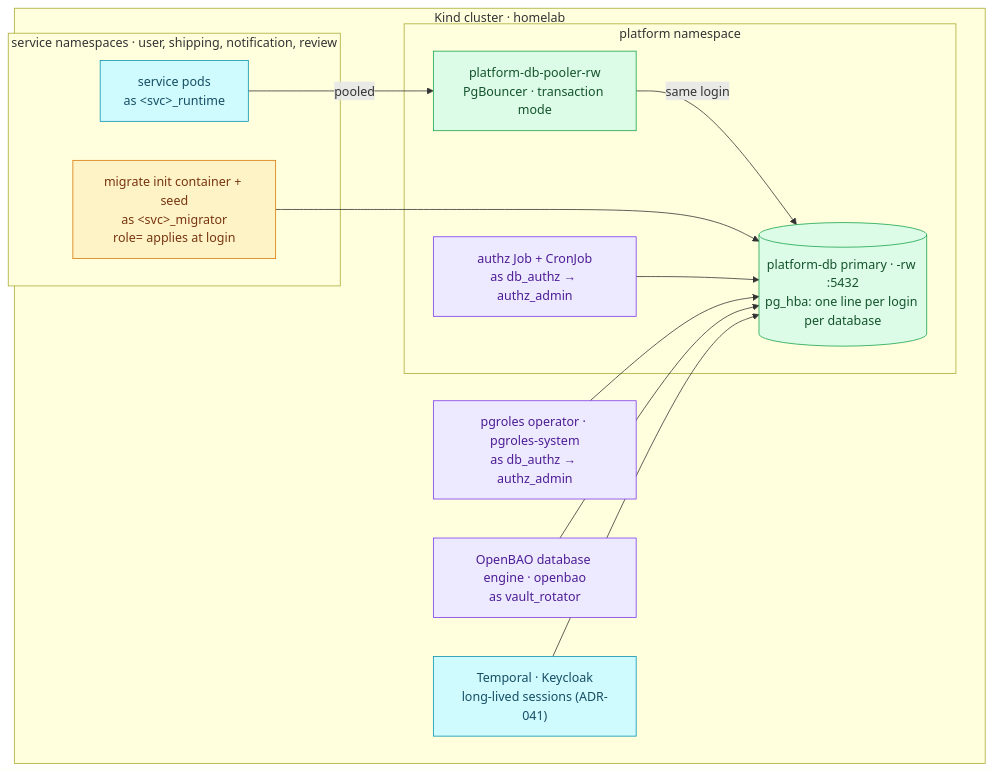
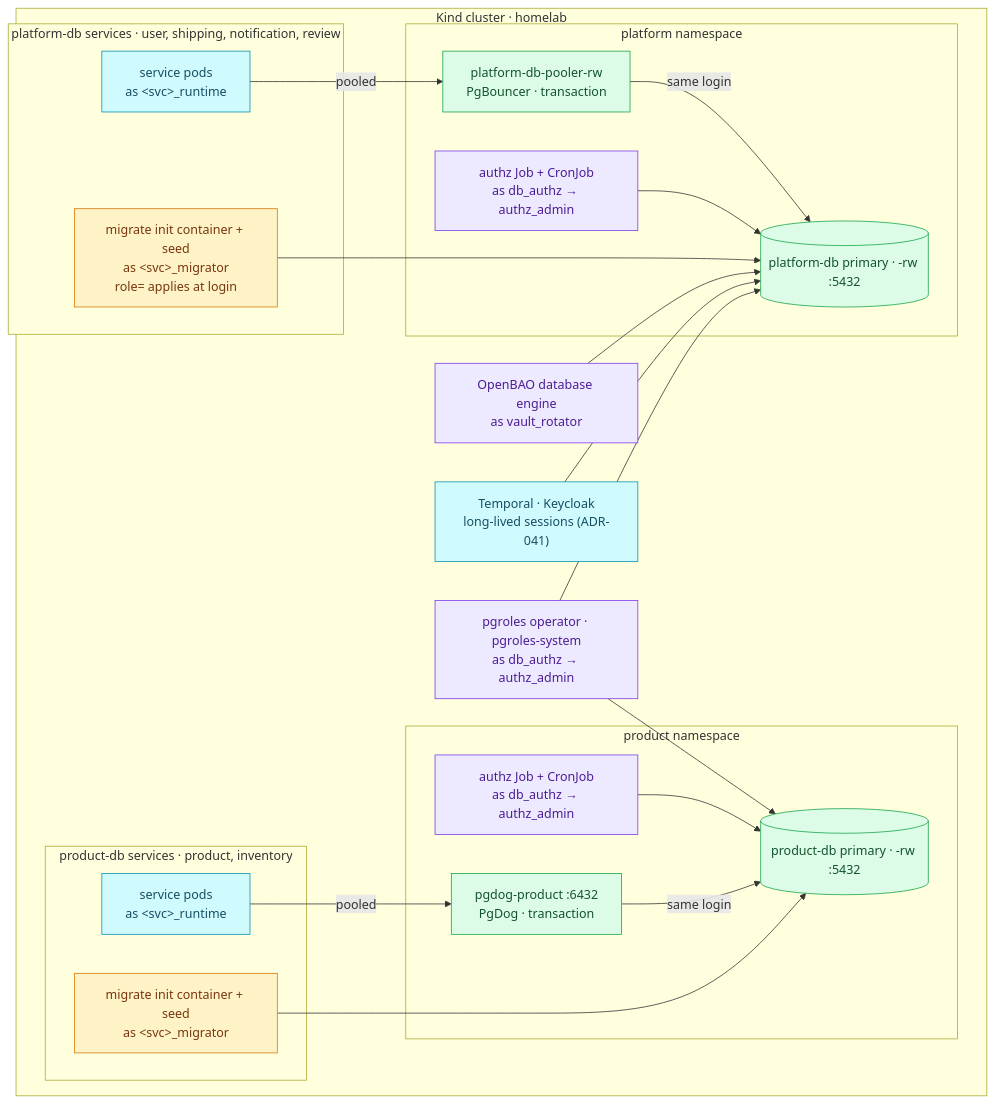
Before and after one commit to duynhlab/homelab: the first of 2 diagrams in docs/databases/authorization.md, drawn with Mermaid. The commit also changed other lines of this file and 33 other files, not shown here.

First line of the commit message:
Split product and inventory into three roles (#1279)

````diff
--- a/docs/databases/authorization.md
+++ b/docs/databases/authorization.md
@@ -57,29 +56,42 @@
 ```mermaid
 flowchart TB
     subgraph cluster["Kind cluster · homelab"]
-        subgraph apps["service namespaces · user, shipping, notification, review"]
-            pod["service pods<br/>as &lt;svc&gt;_runtime"]:::service
-            mig["migrate init container + seed<br/>as &lt;svc&gt;_migrator<br/>role= applies at login"]:::worker
+        subgraph papps["platform-db services · user, shipping, notification, review"]
+            ppod["service pods<br/>as &lt;svc&gt;_runtime"]:::service
+            pmig["migrate init container + seed<br/>as &lt;svc&gt;_migrator<br/>role= applies at login"]:::worker
+        end
+        subgraph rapps["product-db services · product, inventory"]
+            rpod["service pods<br/>as &lt;svc&gt;_runtime"]:::service
+            rmig["migrate init container + seed<br/>as &lt;svc&gt;_migrator"]:::worker
         end
         pgr["pgroles operator · pgroles-system<br/>as db_authz → authz_admin"]:::platform
-        bao["OpenBAO database engine · openbao<br/>as vault_rotator"]:::platform
+        bao["OpenBAO database engine<br/>as vault_rotator"]:::platform
         other["Temporal · Keycloak<br/>long-lived sessions (ADR-041)"]:::service
         subgraph plat["platform namespace"]
-            job["authz Job + CronJob<br/>as db_authz → authz_admin"]:::platform
-            pooler["platform-db-pooler-rw<br/>PgBouncer · transaction mode"]:::data
-            rw[("platform-db primary · -rw :5432<br/>pg_hba: one line per login per database")]:::data
+            pjob["authz Job + CronJob<br/>as db_authz → authz_admin"]:::platform
+            pooler["platform-db-pooler-rw<br/>PgBouncer · transaction"]:::data
+            prw[("platform-db primary · -rw :5432")]:::data
+        end
+        subgraph prod["product namespace"]
+            rjob["authz Job + CronJob<br/>as db_authz → authz_admin"]:::platform
+            pgdog["pgdog-product :6432<br/>PgDog · transaction"]:::data
+            rrw[("product-db primary · -rw :5432")]:::data
         end
     end
 
-    pod -->|"pooled"| pooler -->|"same login"| rw
-    mig --> rw
-    job --> rw
-    pgr --> rw
-    bao --> rw
-    other --> rw
+    ppod -->|"pooled"| pooler -->|"same login"| prw
+    pmig --> prw
+    pjob --> prw
+    bao --> prw
+    other --> prw
+    rpod -->|"pooled"| pgdog -->|"same login"| rrw
+    rmig --> rrw
+    rjob --> rrw
+    pgr --> prw
+    pgr --> rrw
 
     classDef service fill:#cffafe,color:#164e63,stroke:#0891b2;
     classDef worker fill:#fef3c7,color:#78350f,stroke:#d97706;
     classDef platform fill:#ede9fe,color:#4c1d95,stroke:#7c3aed;
     classDef data fill:#dcfce7,color:#14532d,stroke:#16a34a;
 ```
````
